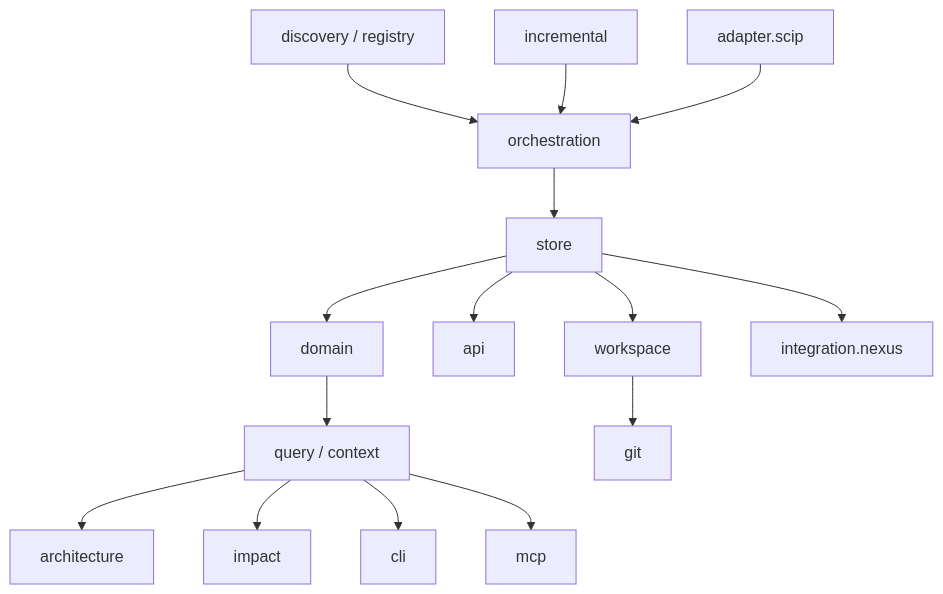
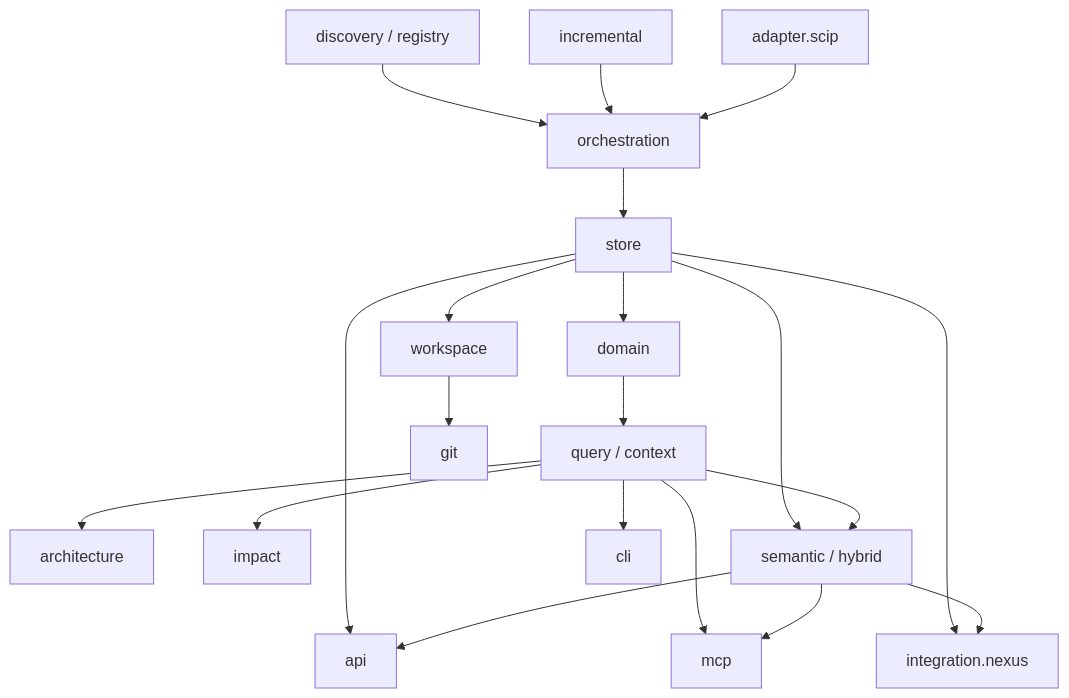
The diagram in docs/developer/README.md (FTurleque/minos-code-intelligence), drawn with Mermaid before and after one commit. The commit also changed other lines of this file, not shown here.

Commit message:
docs(m20): link semantic hybrid developer guide

````diff
--- a/docs/developer/README.md
+++ b/docs/developer/README.md
@@ -21,17 +23,22 @@
 ```mermaid
 flowchart TB
     DISC[discovery / registry] --> ORCH[orchestration]
     INC[incremental] --> ORCH
     SCIP[adapter.scip] --> ORCH
     ORCH --> STORE[store]
     STORE --> DOMAIN[domain]
     DOMAIN --> QUERY[query / context]
     QUERY --> ARCH[architecture]
     QUERY --> IMPACT[impact]
+    STORE --> SEM[semantic / hybrid]
+    QUERY --> SEM
     STORE --> API[api]
     QUERY --> CLI[cli]
     QUERY --> MCP[mcp]
+    SEM --> API
+    SEM --> MCP
     STORE --> WORK[workspace]
     WORK --> GIT[git]
     STORE --> NEXUS[integration.nexus]
+    SEM --> NEXUS
 ```
````
